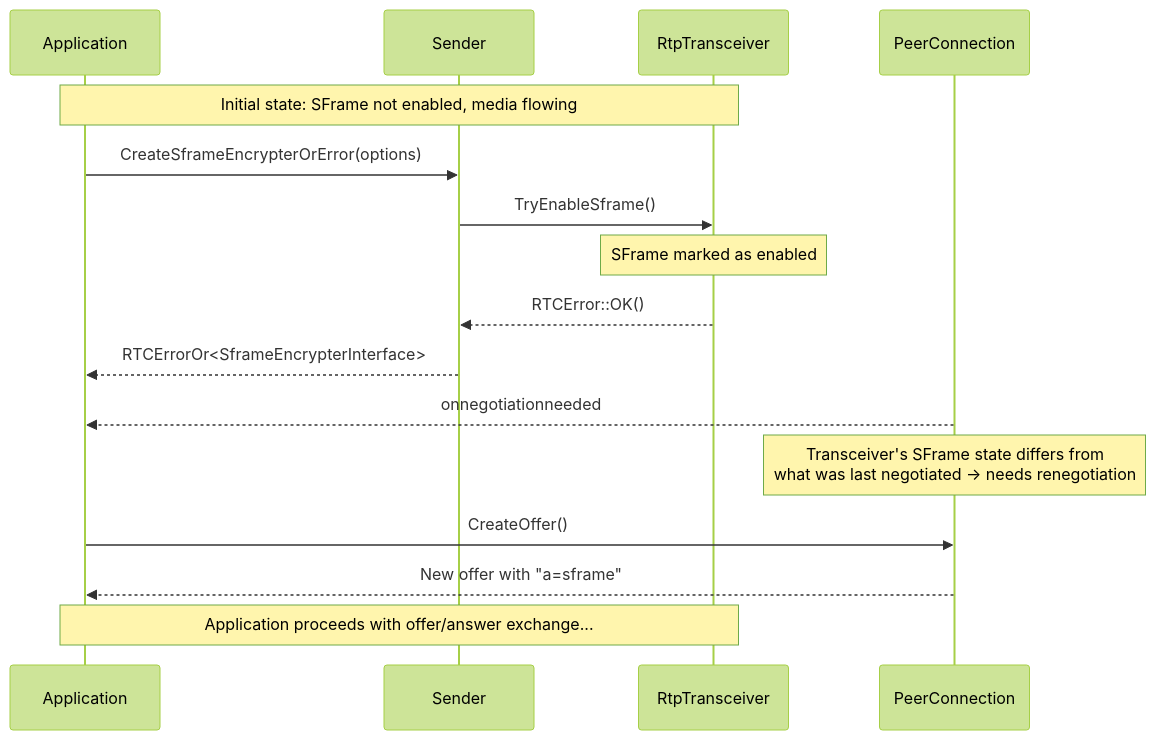
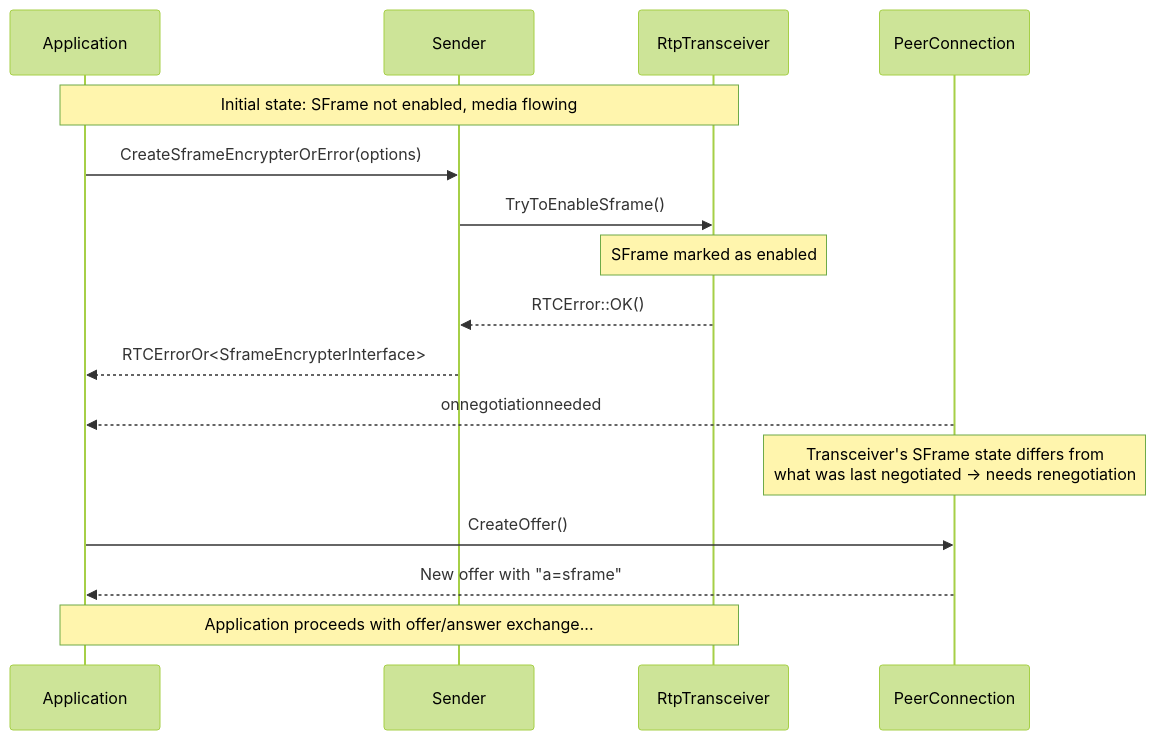
Before and after one commit to webex/webrtc-sframe: the fifth of 6 diagrams in negotiation.md, drawn with Mermaid (forest theme). The commit also changed other lines of this file and 1 other file, not shown here.

Commit message:
updated diagrams

````diff
--- a/negotiation.md
+++ b/negotiation.md
@@ -331,23 +331,23 @@
 ```mermaid
 sequenceDiagram
     participant App as Application
     participant S as Sender
     participant T as RtpTransceiver
     participant PC as PeerConnection
 
     Note over App,T: Initial state: SFrame not enabled, media flowing
 
     App->>S: CreateSframeEncrypterOrError(options)
-    S->>T: TryEnableSframe()
+    S->>T: TryToEnableSframe()
     Note over T: SFrame marked as enabled
     T-->>S: RTCError::OK()
     S-->>App: RTCErrorOr<SframeEncrypterInterface>
 
     PC-->>App: onnegotiationneeded
     Note over PC: Transceiver's SFrame state differs from<br/>what was last negotiated → needs renegotiation
 
     App->>PC: CreateOffer()
     PC-->>App: New offer with "a=sframe"
 
     Note over App,T: Application proceeds with offer/answer exchange...
 ```
````
